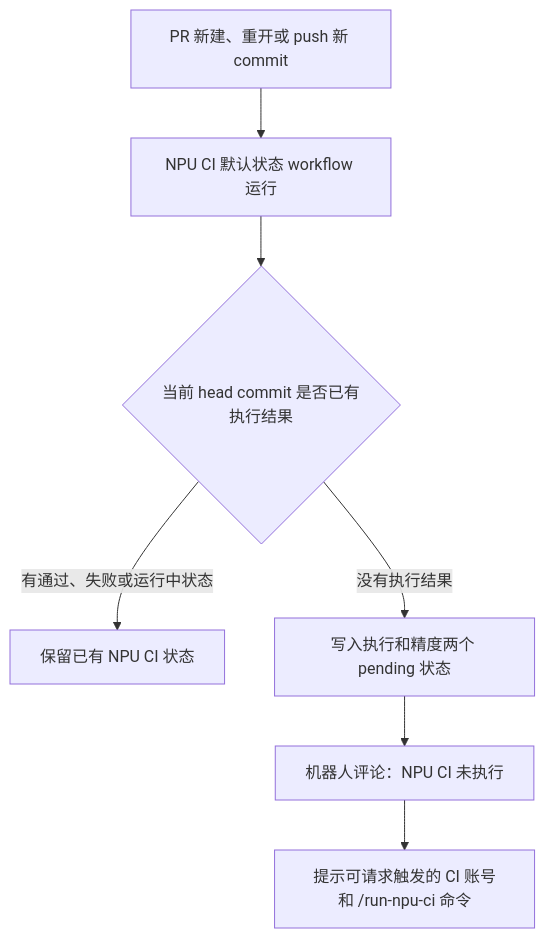
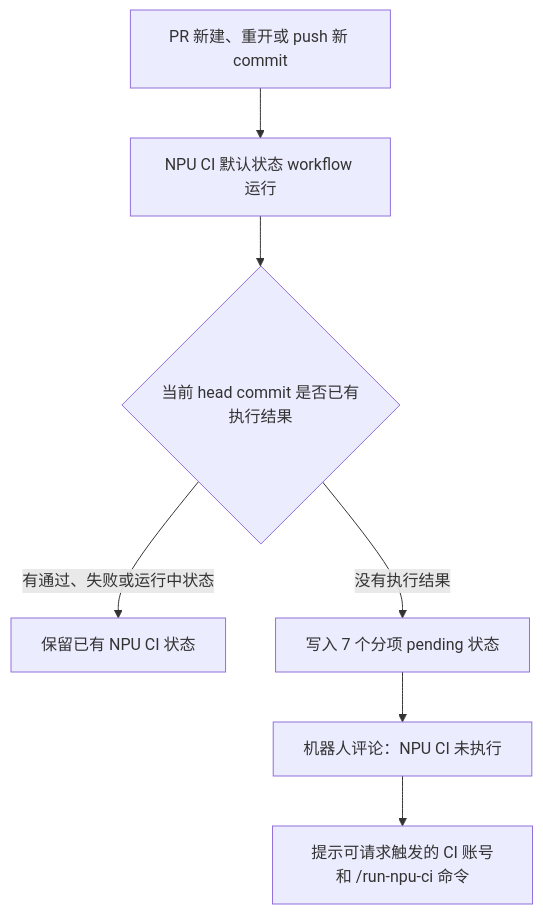
The first of 4 diagrams in docs/Fla-npu仓CI部署教程.md (flashserve/flash-linear-attention-npu), drawn with Mermaid before and after one commit. The commit also changed other lines of this file and 17 other files, not shown here.

````diff
--- a/docs/Fla-npu仓CI部署教程.md
+++ b/docs/Fla-npu仓CI部署教程.md
@@ -66,9 +77,9 @@
 ```mermaid
 flowchart TD
     A["PR 新建、重开或 push 新 commit"] --> B["NPU CI 默认状态 workflow 运行"]
     B --> C{"当前 head commit 是否已有执行结果"}
     C -- "有通过、失败或运行中状态" --> D["保留已有 NPU CI 状态"]
-    C -- "没有执行结果" --> E["写入执行和精度两个 pending 状态"]
+    C -- "没有执行结果" --> E["写入 7 个分项 pending 状态"]
     E --> F["机器人评论：NPU CI 未执行"]
     F --> G["提示可请求触发的 CI 账号和 /run-npu-ci 命令"]
 ```
````
